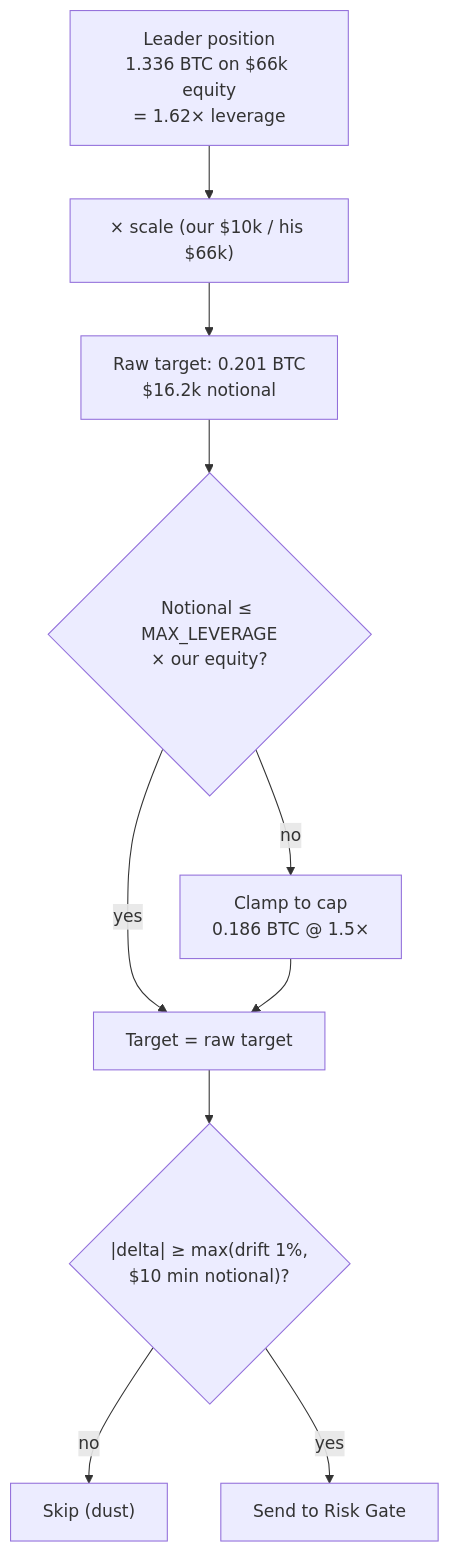
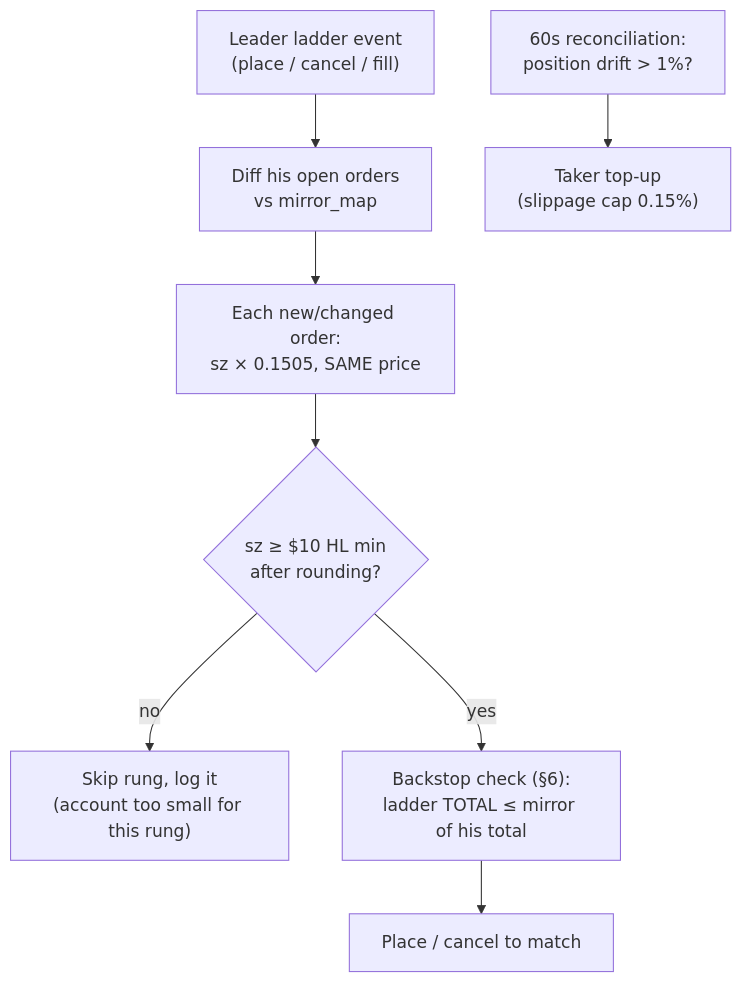
Before and after one commit to bankkomin/hyperliquid-copybot: the third of 6 diagrams in PRD.md, drawn with Mermaid. The commit also changed other lines of this file, not shown here.

Commit message:
docs: PRD v3 — full mirror: copy leader's order ladder, sizing proportions, margin config and risk profile

````diff
--- a/PRD.md
+++ b/PRD.md
@@ -144,12 +164,10 @@
 ```mermaid
 flowchart TD
-    A["Leader position<br/>1.336 BTC on $66k equity<br/>= 1.62× leverage"] --> B["× scale (our $10k / his $66k)"]
-    B --> C["Raw target: 0.201 BTC<br/>$16.2k notional"]
-    C --> D{"Notional ≤ MAX_LEVERAGE<br/>× our equity?"}
-    D -- yes --> F["Target = raw target"]
-    D -- no --> E["Clamp to cap<br/>0.186 BTC @ 1.5×"]
-    E --> F
-    F --> G{"|delta| ≥ max(drift 1%,<br/>$10 min notional)?"}
-    G -- no --> H["Skip (dust)"]
-    G -- yes --> I["Send to Risk Gate"]
+    A["Leader ladder event<br/>(place / cancel / fill)"] --> B["Diff his open orders<br/>vs mirror_map"]
+    B --> C["Each new/changed order:<br/>sz × 0.1505, SAME price"]
+    C --> D{"sz ≥ $10 HL min<br/>after rounding?"}
+    D -- no --> E["Skip rung, log it<br/>(account too small for this rung)"]
+    D -- yes --> F["Backstop check (§6):<br/>ladder TOTAL ≤ mirror of his total"]
+    F --> G["Place / cancel to match"]
+    H["60s reconciliation:<br/>position drift > 1%?"] --> I["Taker top-up<br/>(slippage cap 0.15%)"]
 ```
````
